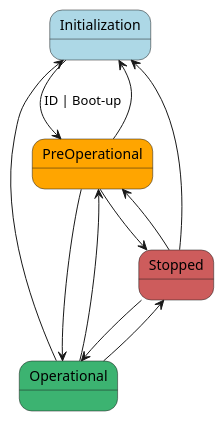
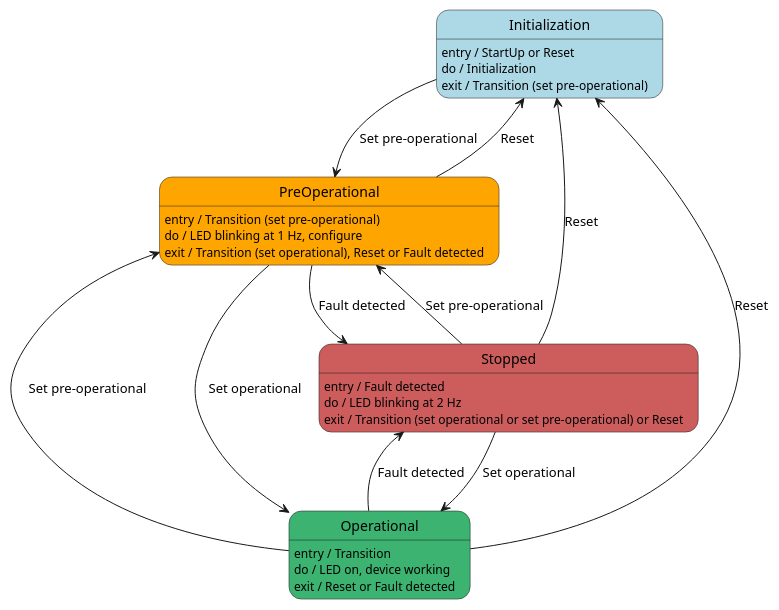
One commit to pall23-mech/EmbeddedSysGr1 changed the diagram in DynamicController/docs/diagrams/src/state_part4.puml. Above: the diagram before and after it, drawn with PlantUML. The commit also changed 27 other files, not shown here.

```diff
--- a/DynamicController/docs/diagrams/src/state_part4.puml
+++ b/DynamicController/docs/diagrams/src/state_part4.puml
@@ -1,27 +1,39 @@
-@startuml State 1
+@startuml State 2
 
 state "Initialization" as I #LightBlue
+I : entry / StartUp or Reset
+I : do / Initialization
+I : exit / Transition (set pre-operational)
 
 state "PreOperational" as P #Orange
+P : entry / Transition (set pre-operational)
+P : do / LED blinking at 1 Hz, configure
+P : exit / Transition (set operational), Reset or Fault detected
 
 state "Operational" as O #MediumSeaGreen
+O : entry / Transition
+O : do / LED on, device working
+O : exit / Reset or Fault detected
 
 state "Stopped" as S #IndianRed
+S : entry / Fault detected
+S : do / LED blinking at 2 Hz
+S : exit / Transition (set operational or set pre-operational) or Reset
 
 
-P --> O
-P --> I
-P --> S
+O --> I : Reset
+O --> S : Fault detected
+O --> P : Set pre-operational
 
-O --> P
-O --> I
-O --> S
+I --> P : Set pre-operational
 
-S --> O
-S --> P
-S --> I
+S --> O : Set operational
+S --> I : Reset
+S --> P : Set pre-operational
 
-I --> P : ID | Boot-up
+P --> O : Set operational
+P --> S : Fault detected
+P --> I : Reset
 
 
 @enduml
```
